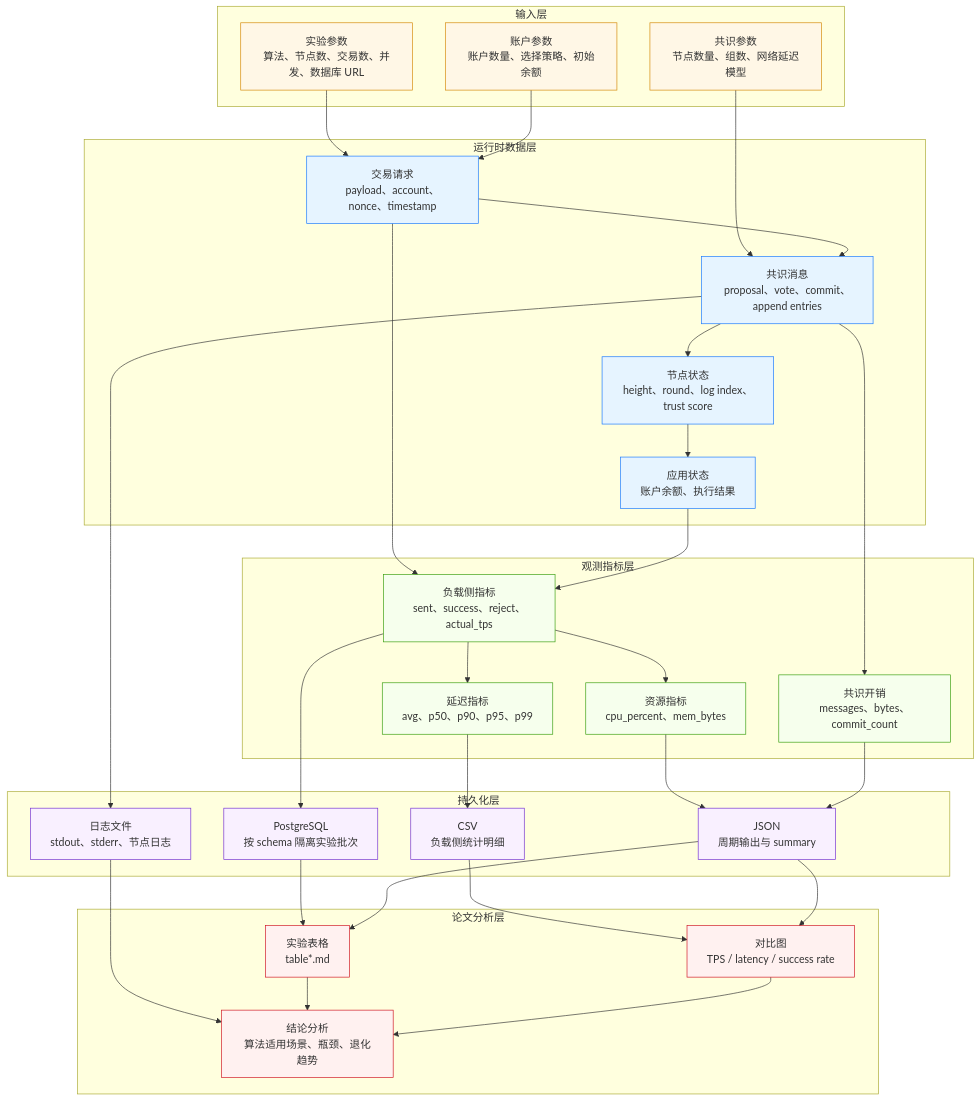
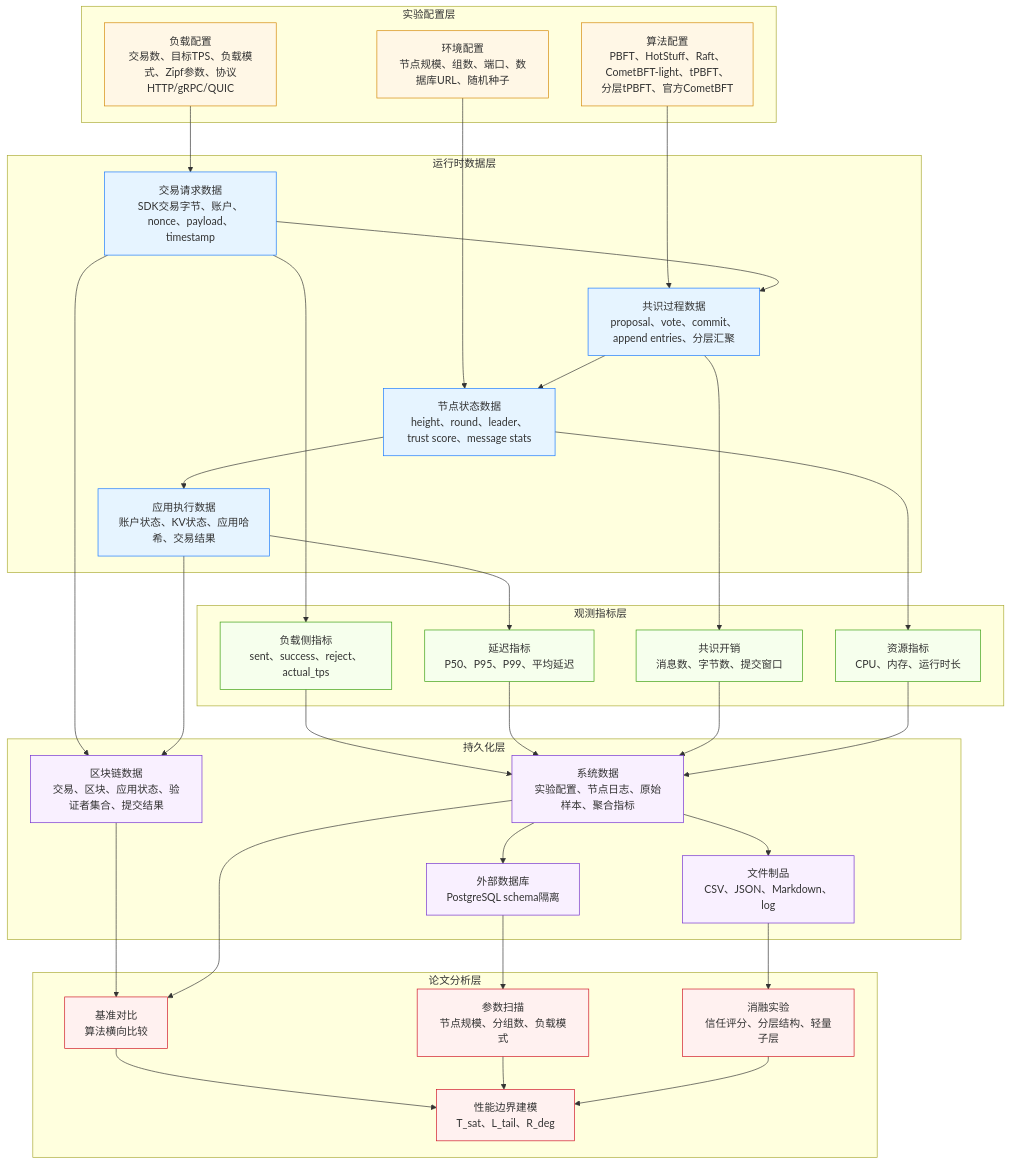
Before and after one commit to fffeng99999/hcp: the seventh of 10 diagrams in chapter4-mermaid/README.md, drawn with Mermaid. The commit also changed other lines of this file, not shown here.

````diff
--- a/chapter4-mermaid/README.md
+++ b/chapter4-mermaid/README.md
@@ -362,70 +396,73 @@
 ```mermaid
 flowchart TB
-  subgraph Input["输入层"]
-    I1["实验参数<br/>算法、节点数、交易数、并发、数据库 URL"]
-    I2["账户参数<br/>账户数量、选择策略、初始余额"]
-    I3["共识参数<br/>节点数量、组数、网络延迟模型"]
+  subgraph ConfigLayer["实验配置层"]
+    C1["算法配置<br/>PBFT、HotStuff、Raft、CometBFT-light、tPBFT、分层tPBFT、官方CometBFT"]
+    C2["负载配置<br/>交易数、目标TPS、负载模式、Zipf参数、协议HTTP/gRPC/QUIC"]
+    C3["环境配置<br/>节点规模、组数、端口、数据库URL、随机种子"]
   end
 
-  subgraph RuntimeData["运行时数据层"]
-    R1["交易请求<br/>payload、account、nonce、timestamp"]
-    R2["共识消息<br/>proposal、vote、commit、append entries"]
-    R3["节点状态<br/>height、round、log index、trust score"]
-    R4["应用状态<br/>账户余额、执行结果"]
+  subgraph RuntimeLayer["运行时数据层"]
+    R1["交易请求数据<br/>SDK交易字节、账户、nonce、payload、timestamp"]
+    R2["共识过程数据<br/>proposal、vote、commit、append entries、分层汇聚"]
+    R3["节点状态数据<br/>height、round、leader、trust score、message stats"]
+    R4["应用执行数据<br/>账户状态、KV状态、应用哈希、交易结果"]
   end
 
-  subgraph Measurement["观测指标层"]
+  subgraph MeasureLayer["观测指标层"]
     M1["负载侧指标<br/>sent、success、reject、actual_tps"]
-    M2["延迟指标<br/>avg、p50、p90、p95、p99"]
-    M3["资源指标<br/>cpu_percent、mem_bytes"]
-    M4["共识开销<br/>messages、bytes、commit_count"]
+    M2["延迟指标<br/>P50、P95、P99、平均延迟"]
+    M3["共识开销<br/>消息数、字节数、提交窗口"]
+    M4["资源指标<br/>CPU、内存、运行时长"]
   end
 
-  subgraph Persist["持久化层"]
-    P1["PostgreSQL<br/>按 schema 隔离实验批次"]
-    P2["CSV<br/>负载侧统计明细"]
-    P3["JSON<br/>周期输出与 summary"]
-    P4["日志文件<br/>stdout、stderr、节点日志"]
+  subgraph PersistLayer["持久化层"]
+    P1["区块链数据<br/>交易、区块、应用状态、验证者集合、提交结果"]
+    P2["系统数据<br/>实验配置、节点日志、原始样本、聚合指标"]
+    P3["外部数据库<br/>PostgreSQL schema隔离"]
+    P4["文件制品<br/>CSV、JSON、Markdown、log"]
   end
 
-  subgraph Paper["论文分析层"]
-    A1["实验表格<br/>table*.md"]
-    A2["对比图<br/>TPS / latency / success rate"]
-    A3["结论分析<br/>算法适用场景、瓶颈、退化趋势"]
+  subgraph AnalysisLayer["论文分析层"]
+    A1["基准对比<br/>算法横向比较"]
+    A2["参数扫描<br/>节点规模、分组数、负载模式"]
+    A3["消融实验<br/>信任评分、分层结构、轻量子层"]
+    A4["性能边界建模<br/>T_sat、L_tail、R_deg"]
   end
 
-  I1 --> R1
-  I2 --> R1
-  I3 --> R2
+  C1 --> R2
+  C2 --> R1
+  C3 --> R3
   R1 --> R2
   R2 --> R3
   R3 --> R4
   R1 --> M1
-  R2 --> M4
-  R4 --> M1
-  M1 --> M2
-  M1 --> M3
-  M1 --> P1
+  R2 --> M3
+  R4 --> M2
+  R3 --> M4
+  R1 --> P1
+  R4 --> P1
+  M1 --> P2
   M2 --> P2
-  M3 --> P3
-  M4 --> P3
-  R2 --> P4
+  M3 --> P2
+  M4 --> P2
+  P2 --> P3
+  P2 --> P4
   P1 --> A1
-  P2 --> A2
-  P3 --> A1
+  P2 --> A1
   P3 --> A2
   P4 --> A3
-  A1 --> A3
-  A2 --> A3
+  A1 --> A4
+  A2 --> A4
+  A3 --> A4
 
-  classDef input fill:#fff7e6,stroke:#d48806;
-  classDef runtime fill:#e6f4ff,stroke:#1677ff;
-  classDef metric fill:#f6ffed,stroke:#389e0d;
-  classDef persist fill:#f9f0ff,stroke:#722ed1;
-  classDef paper fill:#fff1f0,stroke:#cf1322;
-  class I1,I2,I3 input;
-  class R1,R2,R3,R4 runtime;
-  class M1,M2,M3,M4 metric;
-  class P1,P2,P3,P4 persist;
-  class A1,A2,A3 paper;
+  classDef cfg fill:#fff7e6,stroke:#d48806;
+  classDef run fill:#e6f4ff,stroke:#1677ff;
+  classDef met fill:#f6ffed,stroke:#389e0d;
+  classDef per fill:#f9f0ff,stroke:#722ed1;
+  classDef ana fill:#fff1f0,stroke:#cf1322;
+  class C1,C2,C3 cfg;
+  class R1,R2,R3,R4 run;
+  class M1,M2,M3,M4 met;
+  class P1,P2,P3,P4 per;
+  class A1,A2,A3,A4 ana;
 ```
````
